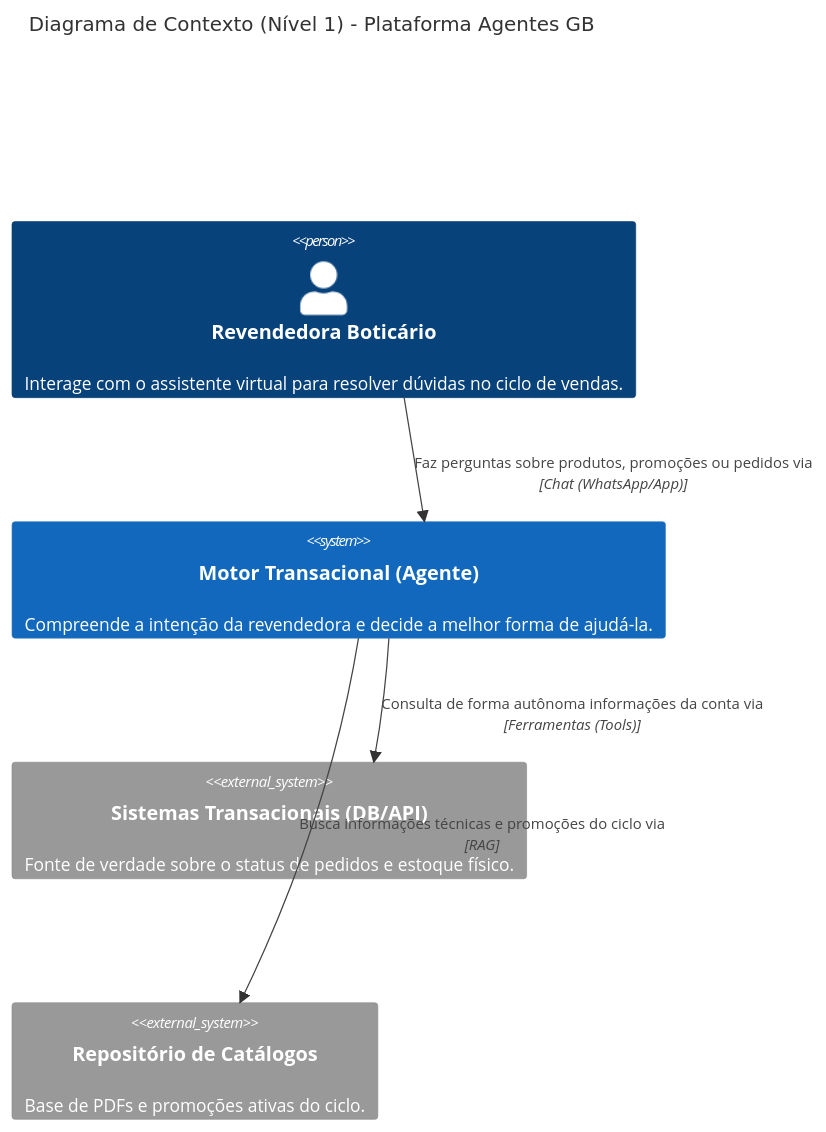
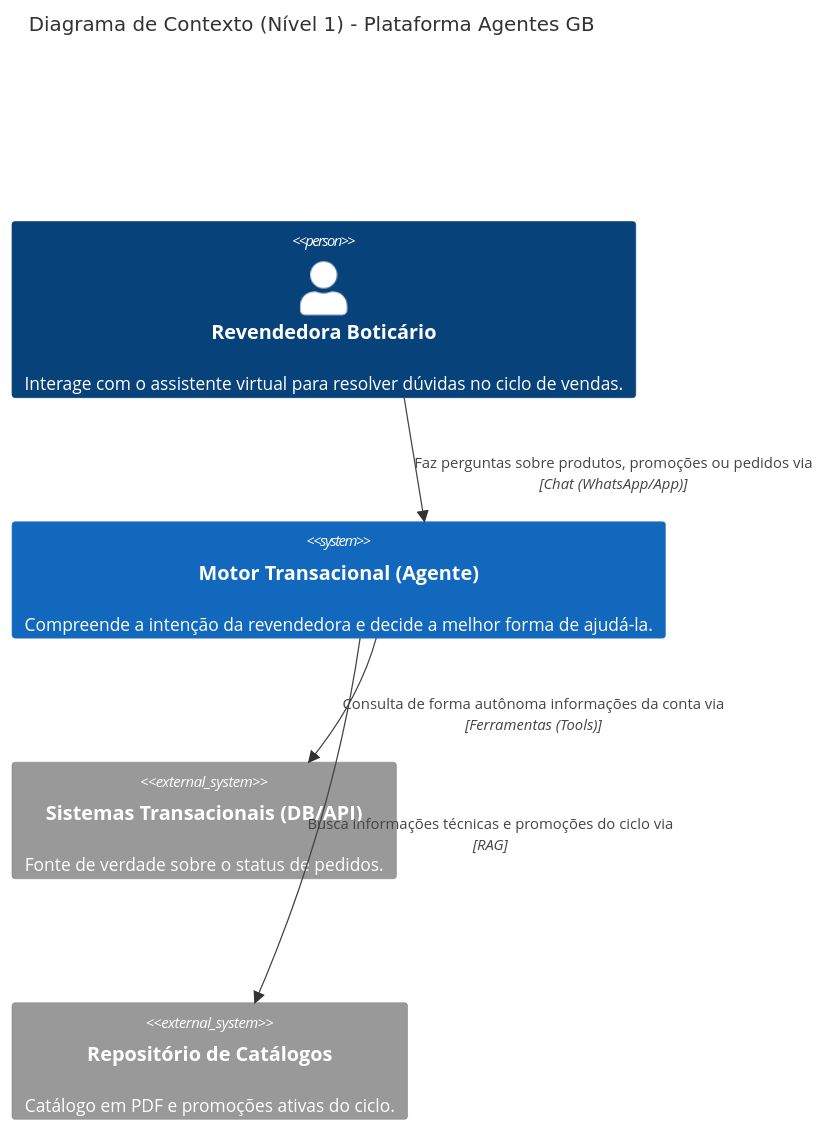
The diagram in docs/c4-model/01-contexto.md (KattsonBastos/gb-support-agent-case), drawn with Mermaid before and after one commit. The commit also changed other lines of this file and 2 other files, not shown here.

````diff
--- a/docs/c4-model/01-contexto.md
+++ b/docs/c4-model/01-contexto.md
@@ -11,15 +11,15 @@
 ```mermaid
 C4Context
     title Diagrama de Contexto (Nível 1) - Plataforma Agentes GB
 
     Person(revendedora, "Revendedora Boticário", "Interage com o assistente virtual para resolver dúvidas no ciclo de vendas.")
     
     System(motor_ia, "Motor Transacional (Agente)", "Compreende a intenção da revendedora e decide a melhor forma de ajudá-la.")
     
-    System_Ext(sis_pedidos, "Sistemas Transacionais (DB/API)", "Fonte de verdade sobre o status de pedidos e estoque físico.")
-    System_Ext(sis_catalogo, "Repositório de Catálogos", "Base de PDFs e promoções ativas do ciclo.")
+    System_Ext(sis_pedidos, "Sistemas Transacionais (DB/API)", "Fonte de verdade sobre o status de pedidos.")
+    System_Ext(sis_catalogo, "Repositório de Catálogos", "Catálogo em PDF e promoções ativas do ciclo.")
 
     Rel(revendedora, motor_ia, "Faz perguntas sobre produtos, promoções ou pedidos via", "Chat (WhatsApp/App)")
     Rel(motor_ia, sis_catalogo, "Busca informações técnicas e promoções do ciclo via", "RAG")
     Rel(motor_ia, sis_pedidos, "Consulta de forma autônoma informações da conta via", "Ferramentas (Tools)")
 ```
````
